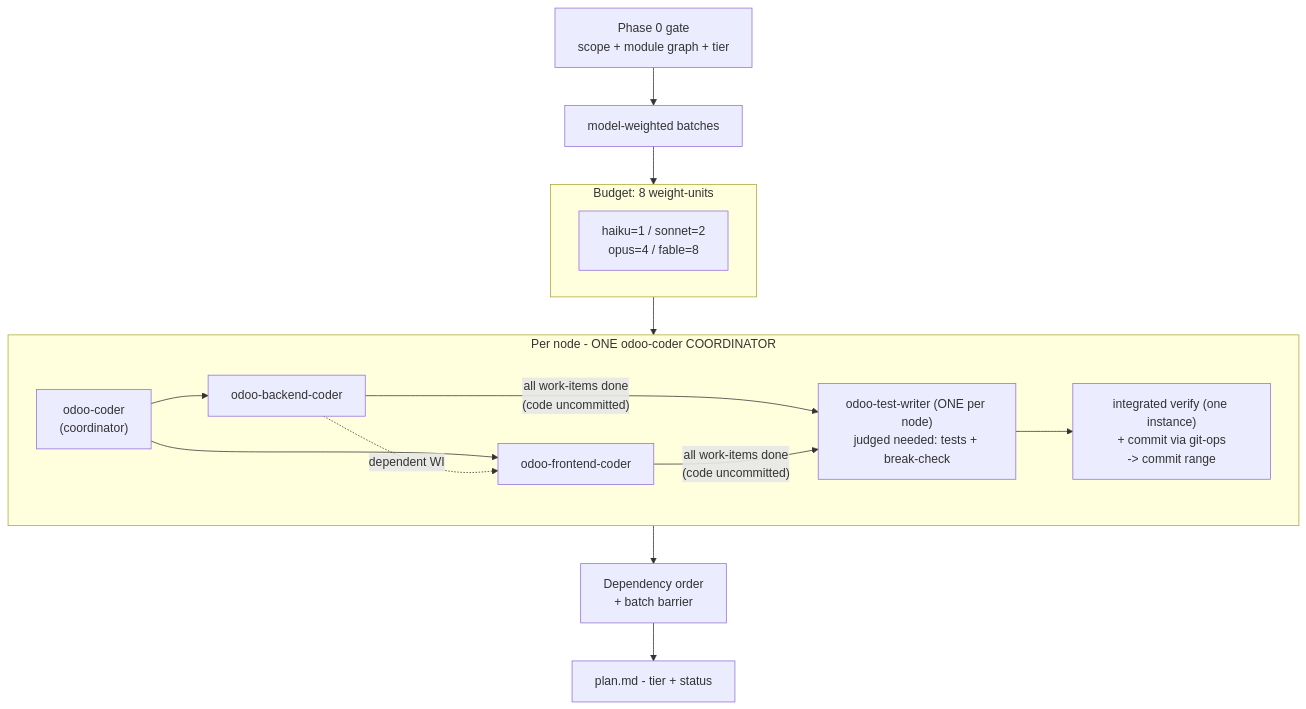
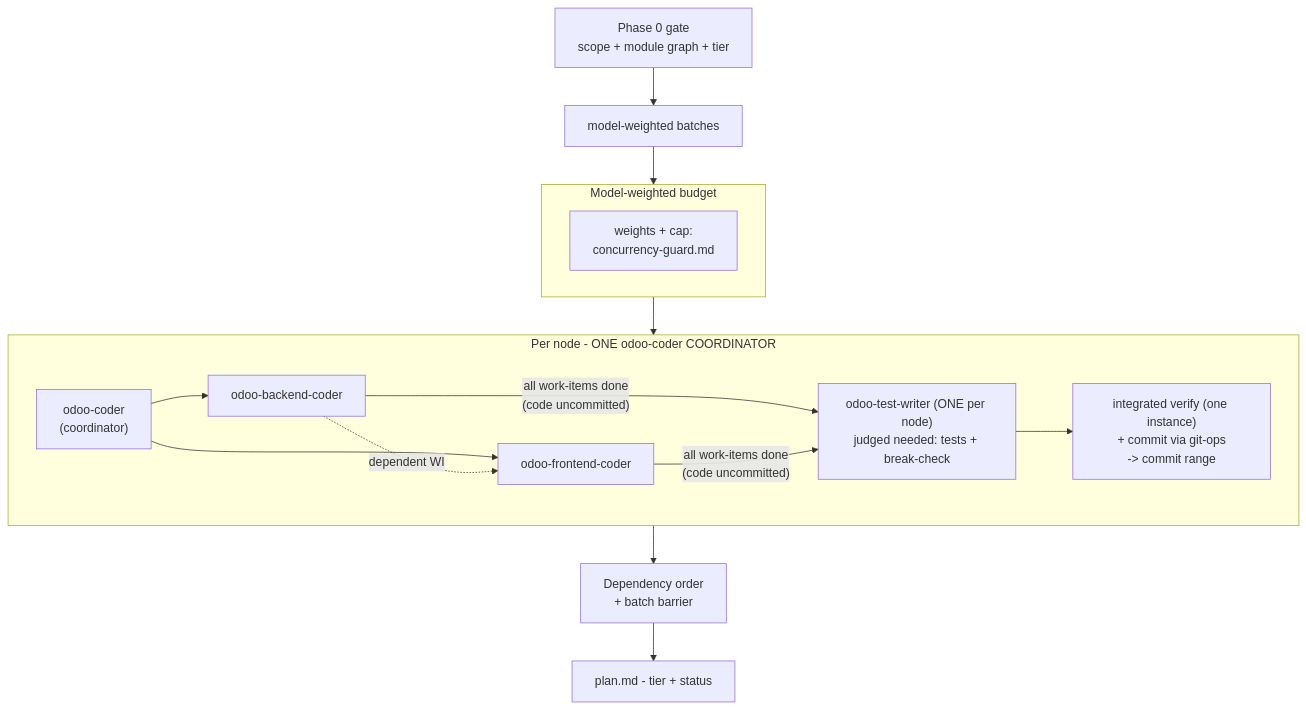
One commit to Viindoo/odoo-mcp-client changed the second of 9 diagrams in plugins/odoo-ai-agents/README.md. Above: the diagram before and after it, drawn with Mermaid. The commit also changed other lines of this file and 78 other files, not shown here.

````diff
--- a/plugins/odoo-ai-agents/README.md
+++ b/plugins/odoo-ai-agents/README.md
@@ -284,24 +290,24 @@
 ```mermaid
 flowchart TD
     GATE["Phase 0 gate<br/>scope + module graph + tier"]
     GATE --> BATCH["model-weighted batches"]
 
-    subgraph BUDGET["Budget: 8 weight-units"]
-        W["haiku=1 / sonnet=2<br/>opus=4 / fable=8"]
+    subgraph BUDGET["Model-weighted budget"]
+        W["weights + cap:<br/>concurrency-guard.md"]
     end
 
     BATCH --> BUDGET
 
     subgraph PERMOD["Per node - ONE odoo-coder COORDINATOR"]
         COORD["odoo-coder<br/>(coordinator)"] --> BE["odoo-backend-coder"]
         COORD --> FE["odoo-frontend-coder"]
         BE -.->|"dependent WI"| FE
         BE -->|"all work-items done<br/>(code uncommitted)"| TW["odoo-test-writer (ONE per node)<br/>judged needed: tests + break-check"]
         FE -->|"all work-items done<br/>(code uncommitted)"| TW
         TW --> VER["integrated verify (one instance)<br/>+ commit via git-ops<br/>-> commit range"]
     end
 
     BUDGET --> PERMOD
     PERMOD --> DEP["Dependency order<br/>+ batch barrier"]
     DEP --> PLAN["plan.md - tier + status"]
 ```
````
